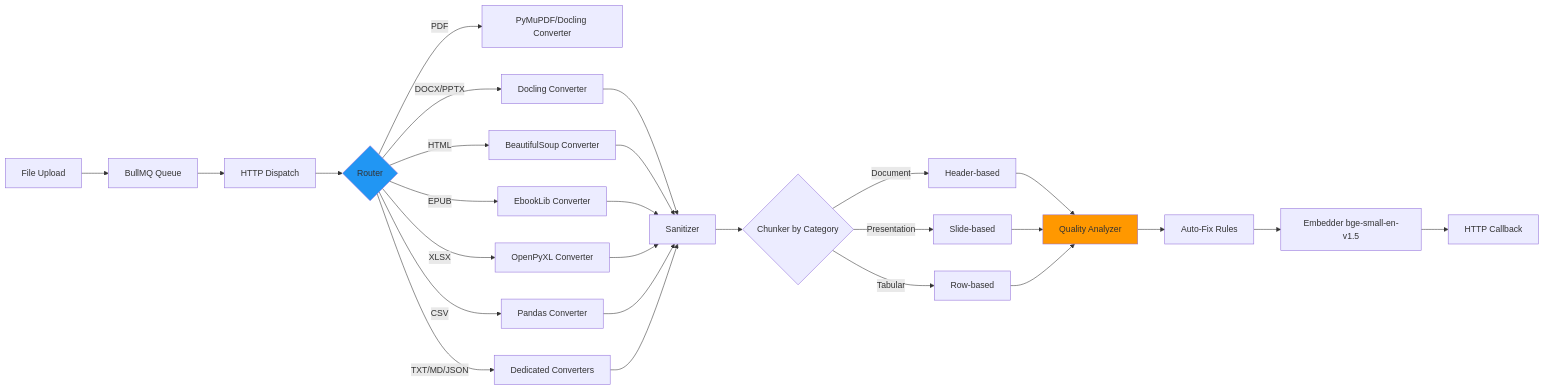
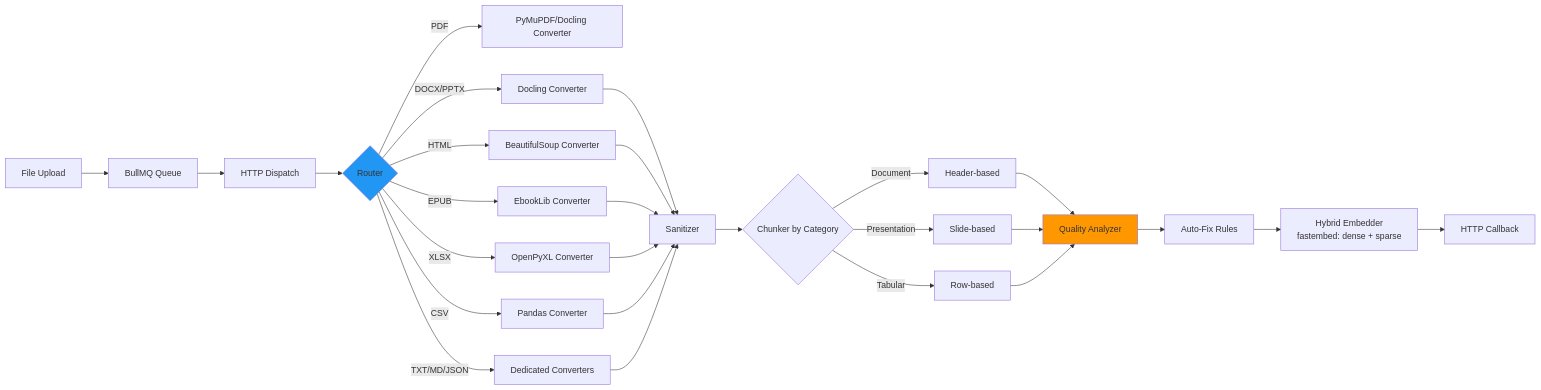
The third of 7 diagrams in docs/architecture.md (namtroi/RAGBase), drawn with Mermaid before and after one commit. The commit also changed other lines of this file and 6 other files, not shown here.

````diff
--- a/docs/architecture.md
+++ b/docs/architecture.md
@@ -82,37 +83,37 @@
 ```mermaid
 graph LR
     Upload[File Upload] --> Queue[BullMQ Queue]
     Queue --> Dispatch[HTTP Dispatch]
     Dispatch --> Router{Router}
     
     Router -->|PDF| PyMuPDF[PyMuPDF/Docling Converter]
     Router -->|DOCX/PPTX| Docling[Docling Converter]
     Router -->|HTML| BS[BeautifulSoup Converter]
     Router -->|EPUB| Ebook[EbookLib Converter]
     Router -->|XLSX| Excel[OpenPyXL Converter]
     Router -->|CSV| CSV[Pandas Converter]
     Router -->|TXT/MD/JSON| Text[Dedicated Converters]
     
     Docling --> Sanitize[Sanitizer]
     BS --> Sanitize
     Ebook --> Sanitize
     Excel --> Sanitize
     CSV --> Sanitize
     Text --> Sanitize
     
     Sanitize --> Chunker{Chunker by Category}
     Chunker -->|Document| DocChunk[Header-based]
     Chunker -->|Presentation| SlideChunk[Slide-based]
     Chunker -->|Tabular| RowChunk[Row-based]
     
     DocChunk --> Quality[Quality Analyzer]
     SlideChunk --> Quality
     RowChunk --> Quality
     
     Quality --> AutoFix[Auto-Fix Rules]
-    AutoFix --> Embed[Embedder bge-small-en-v1.5]
+    AutoFix --> Embed[Hybrid Embedder<br/>fastembed: dense + sparse]
     Embed --> Callback[HTTP Callback]
     
     style Router fill:#2196F3
     style Quality fill:#FF9800
 ```
````
